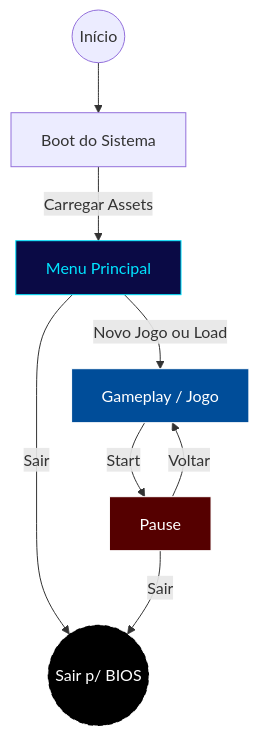
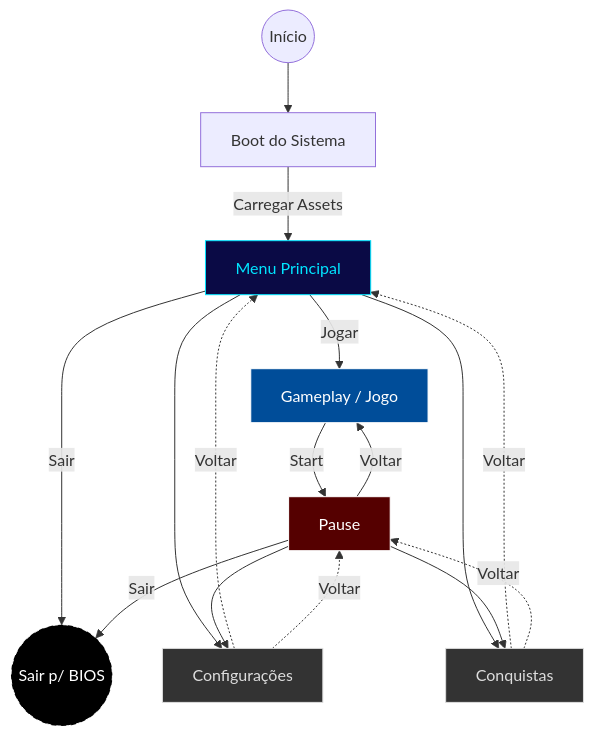
The first of 2 diagrams in docs/fluxo_dados.md (PedroQuimelo/Krone_PS2), drawn with Mermaid before and after one commit.

````diff
--- a/docs/fluxo_dados.md
+++ b/docs/fluxo_dados.md
@@ -18,26 +18,40 @@
 ```mermaid
 graph TD
-    %% Nós (Caixas)
+    %% Nós Principais
     Start((Início)) --> Boot[Boot do Sistema]
     Boot -->|Carregar Assets| Menu[Menu Principal]
     
-    %% Conexões do Menu
-    Menu -->|Novo Jogo ou Load| Jogo[Gameplay / Jogo]
+    %% --- FLUXO DO MENU ---
+    Menu -->|Jogar| Jogo[Gameplay / Jogo]
     Menu -->|Sair| BIOS((Sair p/ BIOS))
     
-    %% Ciclo de Pause
+    %% Acesso a Telas Auxiliares (Pelo Menu)
+    Menu --> Config[Configurações]
+    Menu --> Trophies[Conquistas]
+
+    %% --- FLUXO DO PAUSE ---
     Jogo -->|Start| Pause[Pause]
     Pause -->|Voltar| Jogo
-    
-    %% Saída do Pause (Também vai pra BIOS)
     Pause -->|Sair| BIOS
     
+    %% Acesso a Telas Auxiliares (Pelo Pause)
+    Pause --> Config
+    Pause --> Trophies
+    
+    %% Voltar (Implícito para não poluir, ou use linhas pontilhadas)
+    Config -.->|Voltar| Menu & Pause
+    Trophies -.->|Voltar| Menu & Pause
 
-    %% Estilização (Tema Visual)
+    %% --- ESTILIZAÇÃO ---
+    %% Fluxo Principal (Azul/PS2)
     style Menu fill:#0a0a45,color:#00e5ff,stroke:#00e5ff
     style Jogo fill:#004d99,color:#fff,stroke:#fff
     style Pause fill:#550000,color:#fff,stroke:#fff
     
-    %% Estilo da BIOS (Terminal Preto)
+    %% Terminal (Preto)
     style BIOS fill:#000,color:#fff,stroke:#fff,stroke-dasharray: 5 5
+    
+    %% Telas Auxiliares (Cinza - Secundárias)
+    style Config fill:#333,color:#ddd,stroke:#ddd
+    style Trophies fill:#333,color:#ddd,stroke:#ddd
 ```
````
